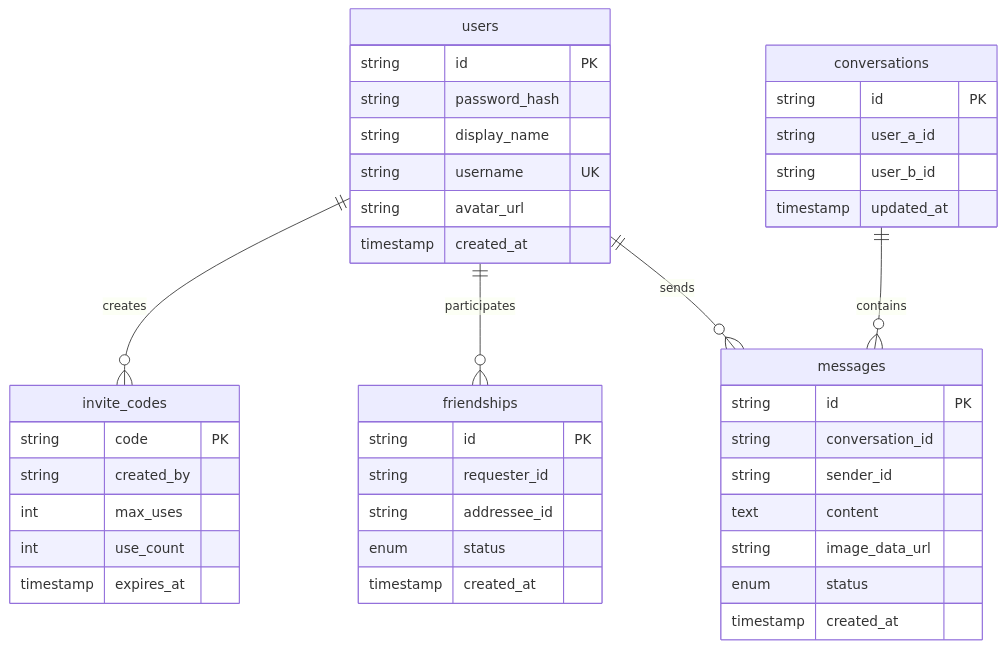
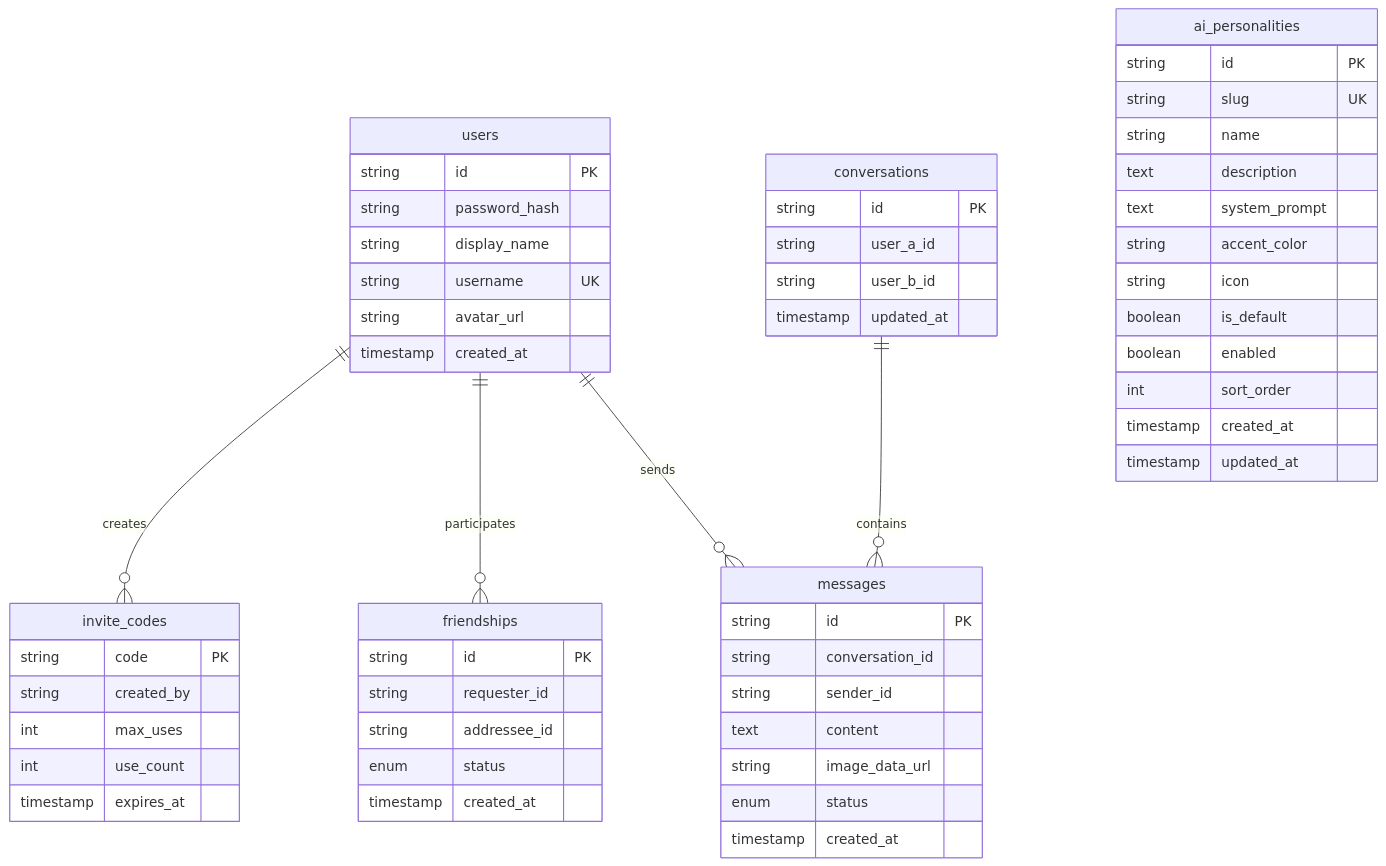
Before and after one commit to AINativeSchool/demo-school-chat: the second of 4 diagrams in TECHNICAL_DESIGN.md, drawn with Mermaid. The commit also changed other lines of this file and 25 other files, not shown here.

````diff
--- a/TECHNICAL_DESIGN.md
+++ b/TECHNICAL_DESIGN.md
@@ -97,49 +102,64 @@
 ```mermaid
 erDiagram
   users ||--o{ invite_codes : creates
   users ||--o{ friendships : participates
   users ||--o{ messages : sends
   conversations ||--o{ messages : contains
 
   users {
     string id PK
     string password_hash
     string display_name
     string username UK
     string avatar_url
     timestamp created_at
   }
 
   invite_codes {
     string code PK
     string created_by
     int max_uses
     int use_count
     timestamp expires_at
   }
 
   friendships {
     string id PK
     string requester_id
     string addressee_id
     enum status
     timestamp created_at
   }
 
   conversations {
     string id PK
     string user_a_id
     string user_b_id
     timestamp updated_at
   }
 
   messages {
     string id PK
     string conversation_id
     string sender_id
     text content
     string image_data_url
     enum status
     timestamp created_at
   }
+
+  ai_personalities {
+    string id PK
+    string slug UK
+    string name
+    text description
+    text system_prompt
+    string accent_color
+    string icon
+    boolean is_default
+    boolean enabled
+    int sort_order
+    timestamp created_at
+    timestamp updated_at
+  }
 ```
````
